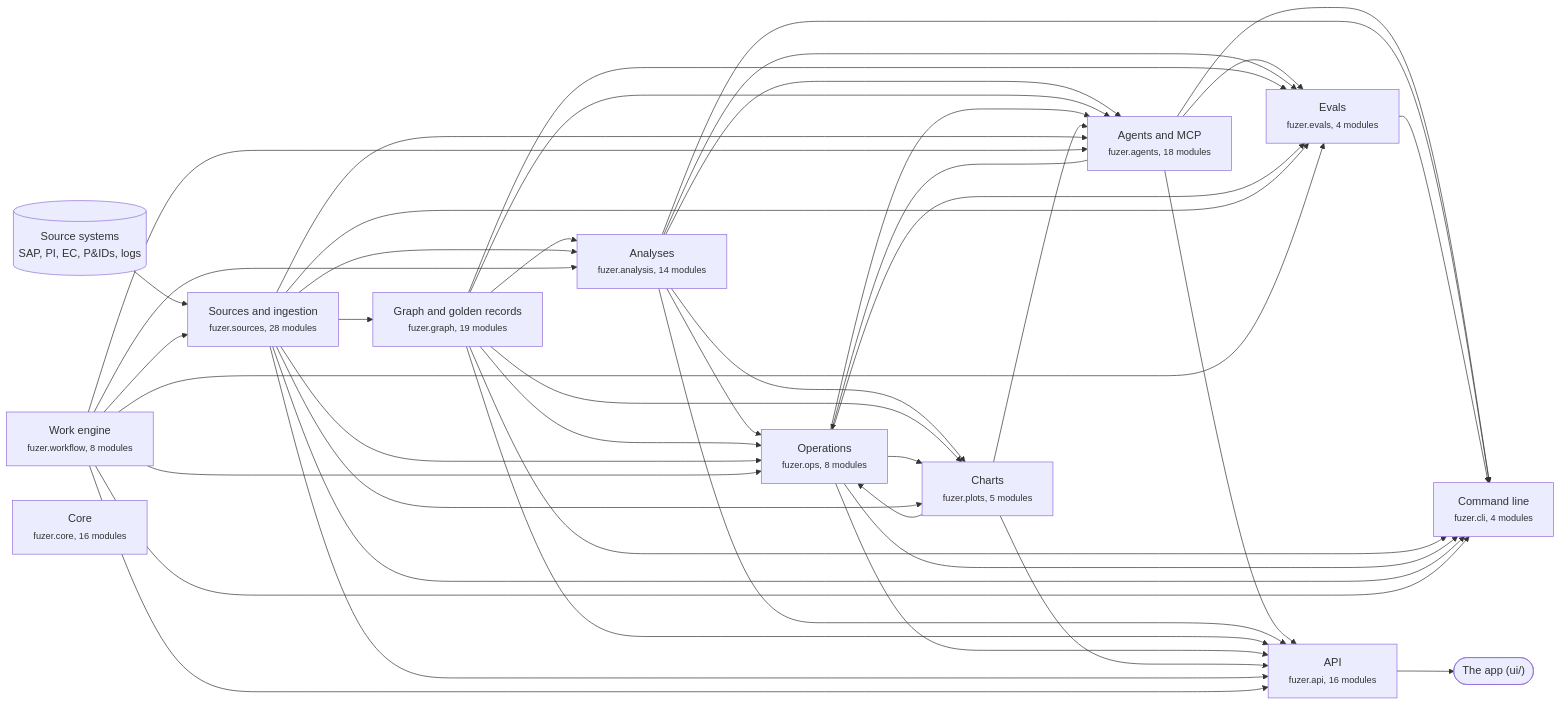
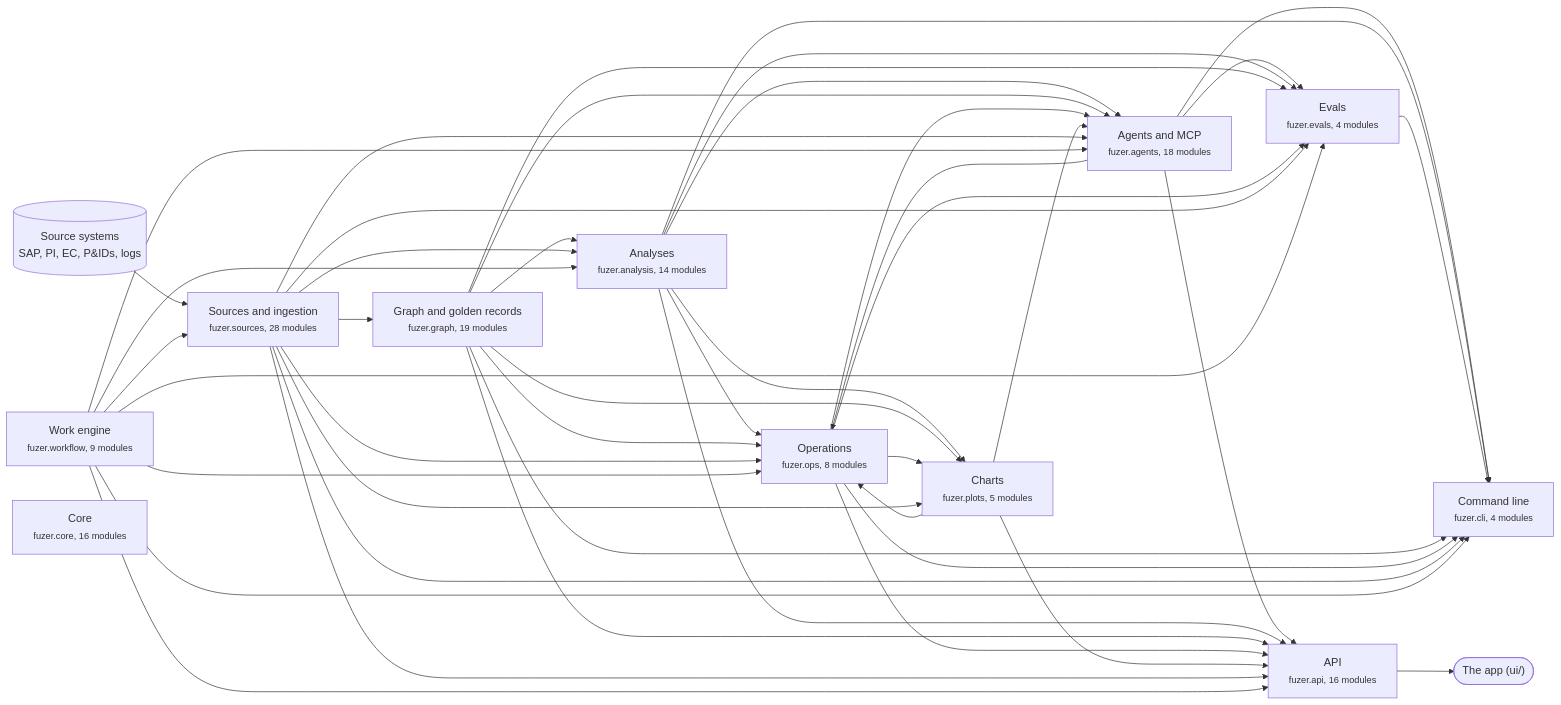
One commit to areed145/fuzer changed the first of 3 diagrams in docs/architecture.md. Above: the diagram before and after it, drawn with Mermaid. The commit also changed other lines of this file and 19 other files, not shown here.

````diff
--- a/docs/architecture.md
+++ b/docs/architecture.md
@@ -8,69 +8,69 @@
 ```mermaid
 flowchart LR
   systems[("Source systems<br>SAP, PI, EC, P&IDs, logs")] --> c_sources
   app(["The app (ui/)"])
   c_api --> app
   c_sources["Sources and ingestion<br><small>fuzer.sources, 28 modules</small>"]
   c_graph["Graph and golden records<br><small>fuzer.graph, 19 modules</small>"]
   c_analysis["Analyses<br><small>fuzer.analysis, 14 modules</small>"]
   c_ops["Operations<br><small>fuzer.ops, 8 modules</small>"]
   c_plots["Charts<br><small>fuzer.plots, 5 modules</small>"]
-  c_workflow["Work engine<br><small>fuzer.workflow, 8 modules</small>"]
+  c_workflow["Work engine<br><small>fuzer.workflow, 9 modules</small>"]
   c_agents["Agents and MCP<br><small>fuzer.agents, 18 modules</small>"]
   c_evals["Evals<br><small>fuzer.evals, 4 modules</small>"]
   c_api["API<br><small>fuzer.api, 16 modules</small>"]
   c_cli["Command line<br><small>fuzer.cli, 4 modules</small>"]
   c_core["Core<br><small>fuzer.core, 16 modules</small>"]
   c_workflow --> c_sources
   c_sources --> c_graph
   c_graph --> c_analysis
   c_sources --> c_analysis
   c_workflow --> c_analysis
   c_agents --> c_ops
   c_analysis --> c_ops
   c_graph --> c_ops
   c_plots --> c_ops
   c_sources --> c_ops
   c_workflow --> c_ops
   c_analysis --> c_plots
   c_graph --> c_plots
   c_ops --> c_plots
   c_sources --> c_plots
   c_analysis --> c_agents
   c_graph --> c_agents
   c_ops --> c_agents
   c_plots --> c_agents
   c_sources --> c_agents
   c_workflow --> c_agents
   c_agents --> c_evals
   c_analysis --> c_evals
   c_graph --> c_evals
   c_ops --> c_evals
   c_sources --> c_evals
   c_workflow --> c_evals
   c_agents --> c_api
   c_analysis --> c_api
   c_graph --> c_api
   c_ops --> c_api
   c_plots --> c_api
   c_sources --> c_api
   c_workflow --> c_api
   c_agents --> c_cli
   c_analysis --> c_cli
   c_evals --> c_cli
   c_graph --> c_cli
   c_ops --> c_cli
   c_sources --> c_cli
   c_workflow --> c_cli
   click c_sources "https://github.com/areed145/fuzer/tree/main/src/fuzer/sources"
   click c_graph "https://github.com/areed145/fuzer/tree/main/src/fuzer/graph"
   click c_analysis "https://github.com/areed145/fuzer/tree/main/src/fuzer/analysis"
   click c_ops "https://github.com/areed145/fuzer/tree/main/src/fuzer/ops"
   click c_plots "https://github.com/areed145/fuzer/tree/main/src/fuzer/plots"
   click c_workflow "https://github.com/areed145/fuzer/tree/main/src/fuzer/workflow"
   click c_agents "https://github.com/areed145/fuzer/tree/main/src/fuzer/agents"
   click c_evals "https://github.com/areed145/fuzer/tree/main/src/fuzer/evals"
   click c_api "https://github.com/areed145/fuzer/tree/main/src/fuzer/api"
   click c_cli "https://github.com/areed145/fuzer/tree/main/src/fuzer/cli"
   click c_core "https://github.com/areed145/fuzer/tree/main/src/fuzer/core"
 ```
````
